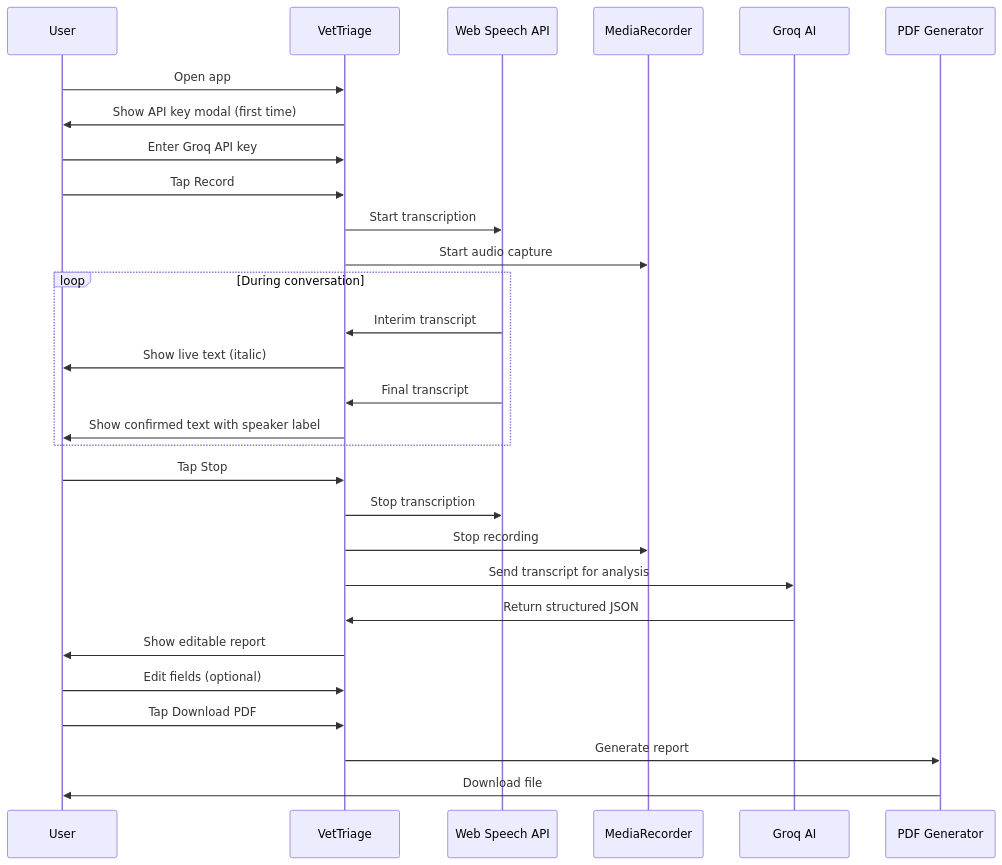
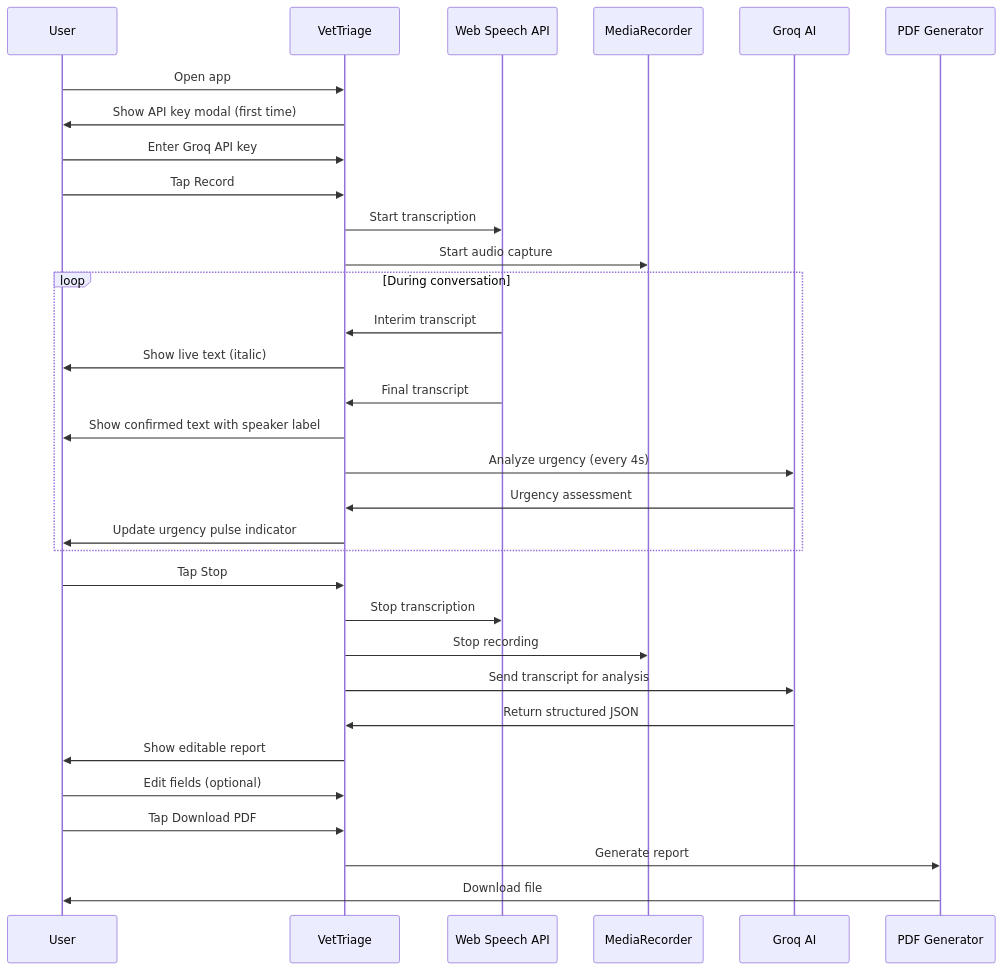
The third of 3 diagrams in README.md (Rahul-sch/VetTriage), drawn with Mermaid before and after one commit. The commit also changed other lines of this file and 6 other files, not shown here.

First line of the commit message:
feat: add Real-Time Urgency Pulse with visual indicators

````diff
--- a/README.md
+++ b/README.md
@@ -109,36 +152,39 @@
 ```mermaid
 sequenceDiagram
     participant U as User
     participant App as VetTriage
     participant WSA as Web Speech API
     participant MR as MediaRecorder
     participant AI as Groq AI
     participant PDF as PDF Generator
 
     U->>App: Open app
     App->>U: Show API key modal (first time)
     U->>App: Enter Groq API key
 
     U->>App: Tap Record
     App->>WSA: Start transcription
     App->>MR: Start audio capture
 
     loop During conversation
         WSA->>App: Interim transcript
         App->>U: Show live text (italic)
         WSA->>App: Final transcript
         App->>U: Show confirmed text with speaker label
+        App->>AI: Analyze urgency (every 4s)
+        AI->>App: Urgency assessment
+        App->>U: Update urgency pulse indicator
     end
 
     U->>App: Tap Stop
     App->>WSA: Stop transcription
     App->>MR: Stop recording
     App->>AI: Send transcript for analysis
     AI->>App: Return structured JSON
     App->>U: Show editable report
 
     U->>App: Edit fields (optional)
     U->>App: Tap Download PDF
     App->>PDF: Generate report
     PDF->>U: Download file
 ```
````
